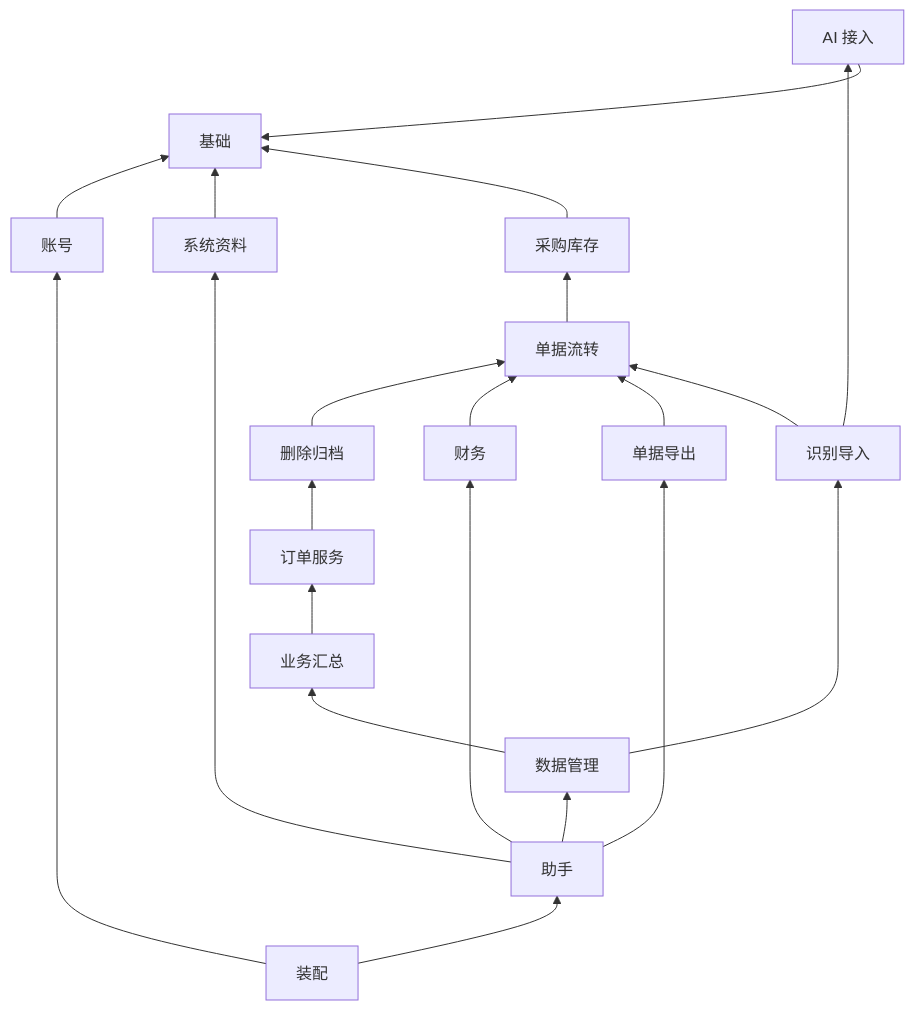
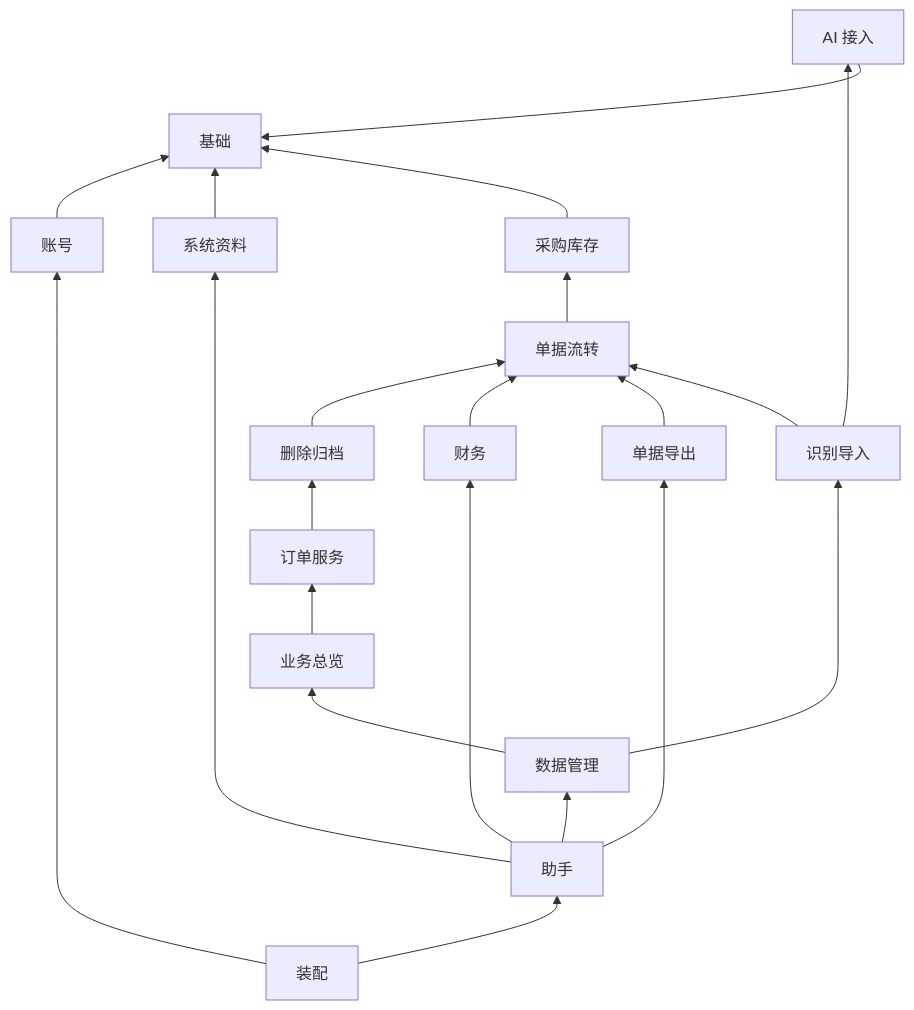
The second of 2 diagrams in docs/架构说明.md (empitor/yongle-carton-erp), drawn with Mermaid before and after one commit. The commit also changed other lines of this file and 79 other files, not shown here.

````diff
--- a/docs/架构说明.md
+++ b/docs/架构说明.md
@@ -77,24 +77,24 @@
 ```mermaid
 flowchart BT
   core[基础] ~~~ ai[AI 接入]
   ai --> core
   accounts[账号] --> core
   sys[系统资料] --> core
   ops[采购库存] --> core
   flow[单据流转] --> ops
   life[删除归档] --> flow
   orders[订单服务] --> life
-  biz[业务汇总] --> orders
+  biz[业务总览] --> orders
   fin[财务] --> flow
   doc[单据导出] --> flow
   imp[识别导入] --> flow
   imp --> ai
   adm[数据管理] --> biz
   adm --> imp
   ast[助手] --> adm
   ast --> doc
   ast --> fin
   ast --> sys
   app[装配] --> ast
   app --> accounts
 ```
````
